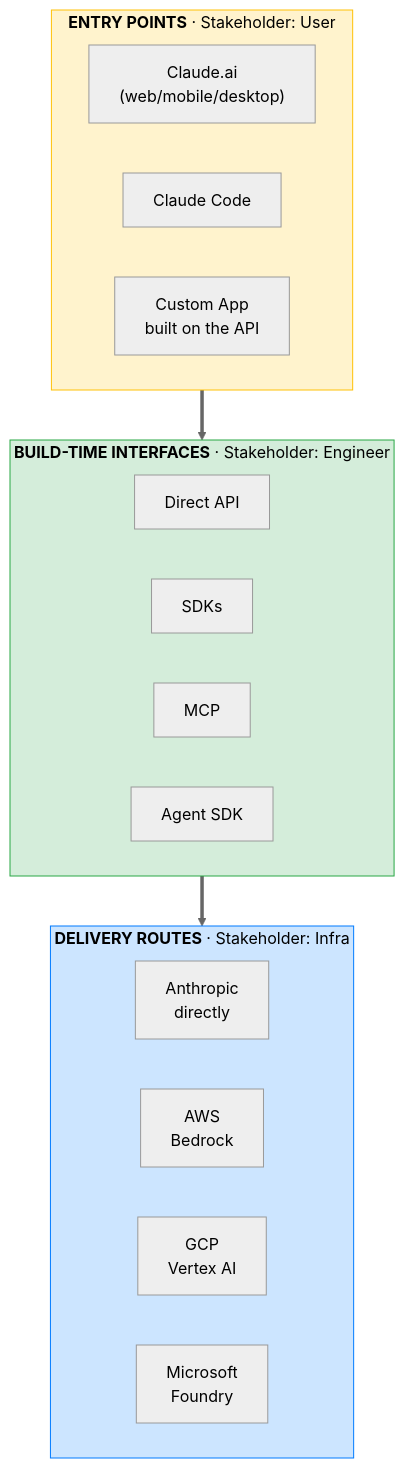
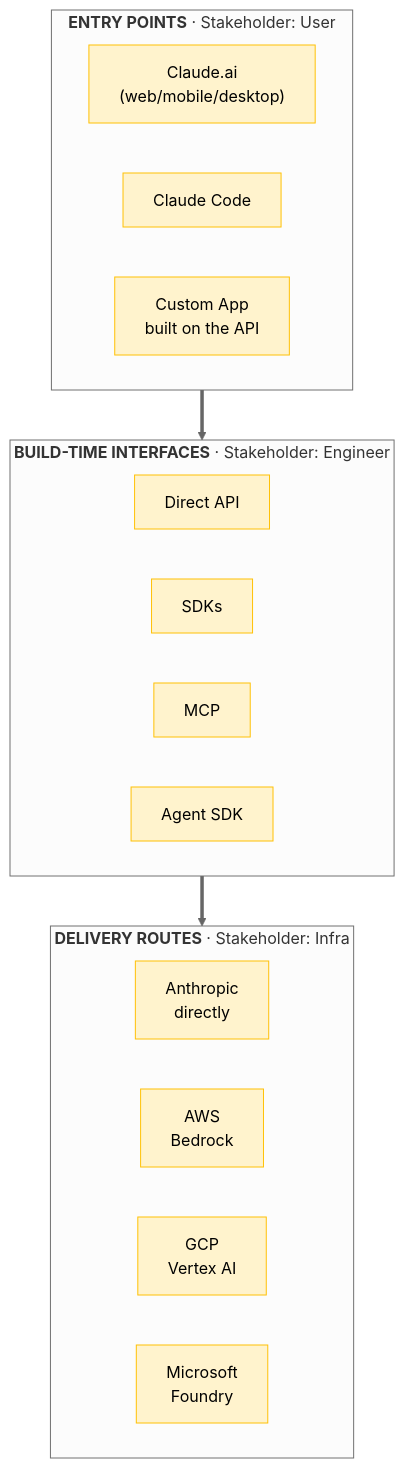
The first of 4 diagrams in Professional/01-Claude-Platform-and-Solution-Design/02-Platform-Map-and-Primitives.md (shreyabaid007/Claude-Certified-Architect), drawn with Mermaid (neutral theme) before and after one commit. The commit also changed other lines of this file and 1 other file, not shown here.

First line of the commit message:
Standardize to two-color palette across all study diagrams

````diff
--- a/Professional/01-Claude-Platform-and-Solution-Design/02-Platform-Map-and-Primitives.md
+++ b/Professional/01-Claude-Platform-and-Solution-Design/02-Platform-Map-and-Primitives.md
@@ -11,31 +11,29 @@
 ```mermaid
 flowchart TD
+    classDef concept fill:#fff3cd,stroke:#ffc107,color:#000
+
     subgraph EP["<b>ENTRY POINTS</b> · Stakeholder: User"]
         direction LR
-        E1["Claude.ai<br/>(web/mobile/desktop)"]
-        E2["Claude Code"]
-        E3["Custom App<br/>built on the API"]
+        E1["Claude.ai<br/>(web/mobile/desktop)"]:::concept
+        E2["Claude Code"]:::concept
+        E3["Custom App<br/>built on the API"]:::concept
     end
 
     subgraph BI["<b>BUILD-TIME INTERFACES</b> · Stakeholder: Engineer"]
         direction LR
-        B1["Direct API"]
-        B2["SDKs"]
-        B3["MCP"]
-        B4["Agent SDK"]
+        B1["Direct API"]:::concept
+        B2["SDKs"]:::concept
+        B3["MCP"]:::concept
+        B4["Agent SDK"]:::concept
     end
 
     subgraph DR["<b>DELIVERY ROUTES</b> · Stakeholder: Infra"]
         direction LR
-        D1["Anthropic<br/>directly"]
-        D2["AWS<br/>Bedrock"]
-        D3["GCP<br/>Vertex AI"]
-        D4["Microsoft<br/>Foundry"]
+        D1["Anthropic<br/>directly"]:::concept
+        D2["AWS<br/>Bedrock"]:::concept
+        D3["GCP<br/>Vertex AI"]:::concept
+        D4["Microsoft<br/>Foundry"]:::concept
     end
 
     EP ==> BI ==> DR
-
-    style EP fill:#fff3cd,stroke:#ffc107,color:#000
-    style BI fill:#d4edda,stroke:#28a745,color:#000
-    style DR fill:#cce5ff,stroke:#007bff,color:#000
 ```
````
